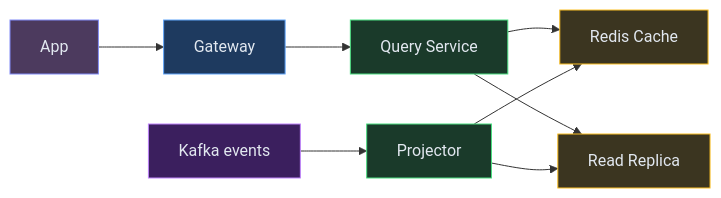
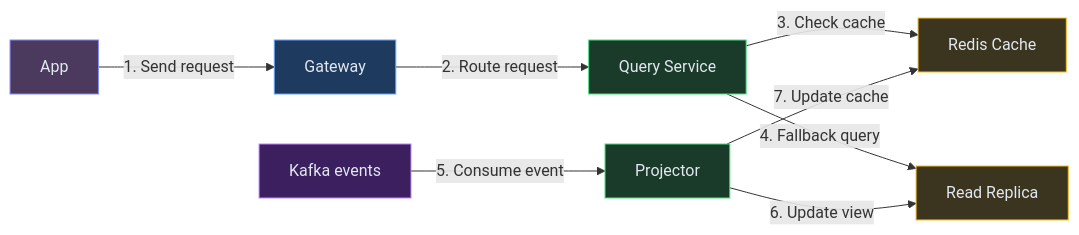
One commit to iluzn/HLD-Designs changed the third of 9 diagrams in content/hld/StockBroker.md. Above: the diagram before and after it, drawn with Mermaid. The commit also changed other lines of this file and 27 other files, not shown here.

````diff
--- a/content/hld/StockBroker.md
+++ b/content/hld/StockBroker.md
@@ -252,24 +252,24 @@
 ```mermaid
 flowchart LR
     App["App"]:::client
     GW["Gateway"]:::edge
     QS["Query Service"]:::service
     RC["Redis Cache"]:::data
     RDB["Read Replica"]:::data
     KF["Kafka events"]:::async
     Proj["Projector"]:::service
 
-    App --> GW
-    GW --> QS
-    QS --> RC
-    QS --> RDB
-    KF --> Proj
-    Proj --> RDB
-    Proj --> RC
+    App -->|"1. Send request"| GW
+    GW -->|"2. Route request"| QS
+    QS -->|"3. Check cache"| RC
+    QS -->|"4. Fallback query"| RDB
+    KF -->|"5. Consume event"| Proj
+    Proj -->|"6. Update view"| RDB
+    Proj -->|"7. Update cache"| RC
 
     classDef client fill:#4c3a5e,stroke:#818cf8,color:#e2e8f0
     classDef edge fill:#1e3a5f,stroke:#60a5fa,color:#e2e8f0
     classDef service fill:#1a3a2a,stroke:#4ade80,color:#e2e8f0
     classDef async fill:#3b1f5e,stroke:#c084fc,color:#e2e8f0
     classDef data fill:#3b3520,stroke:#fbbf24,color:#e2e8f0
 ```
````
